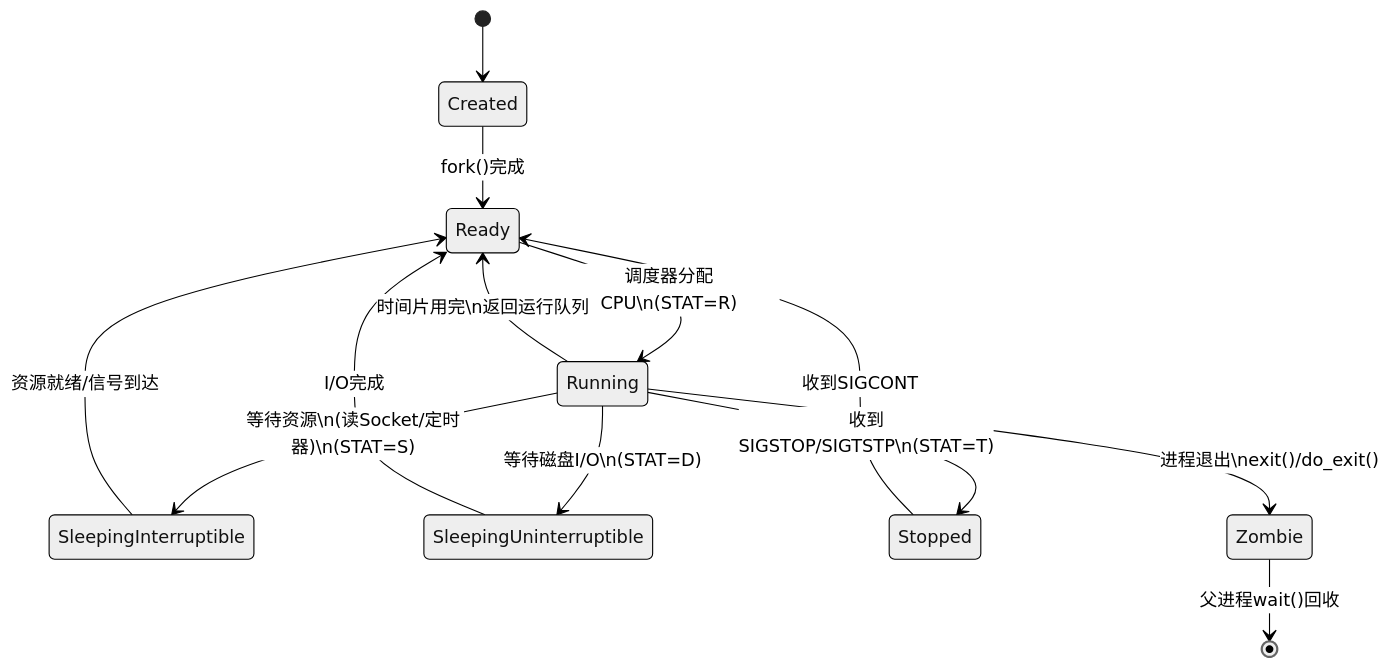
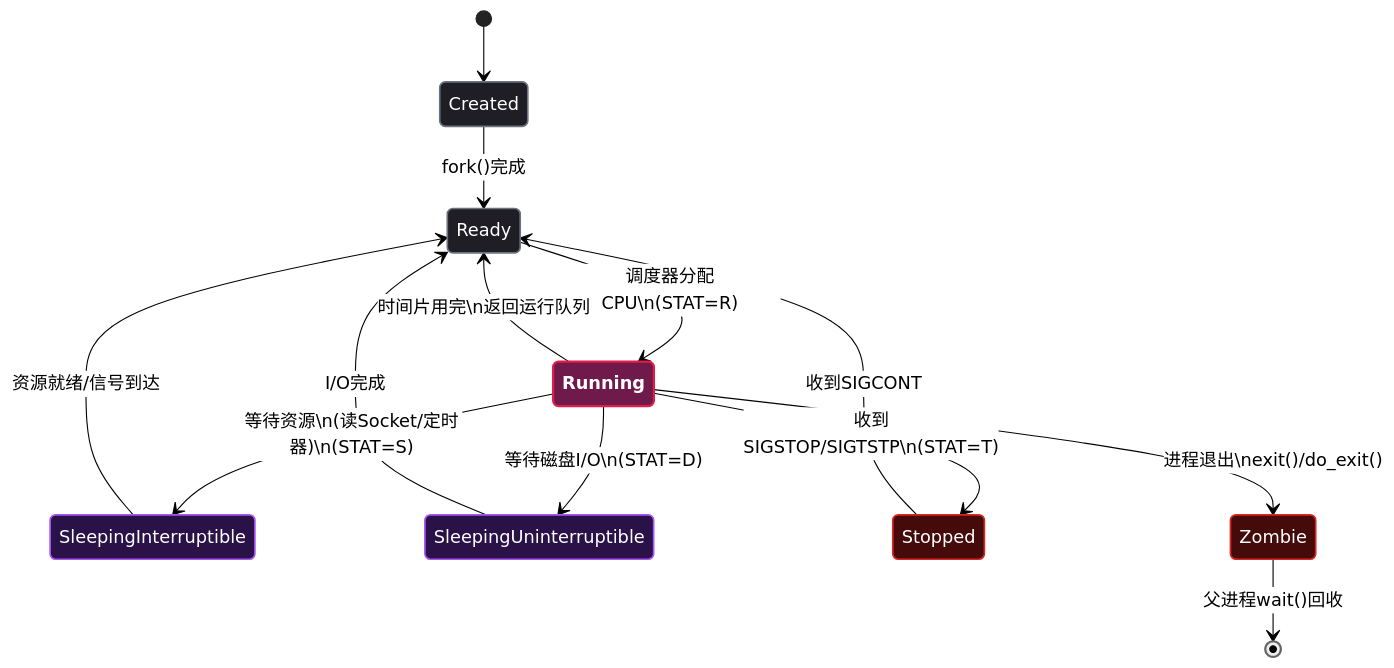
One commit to yaocat55/yaocat55.github.io changed the second of 4 diagrams in content/posts/linux/LinuxCommands100.md. Above: the diagram before and after it, drawn with Mermaid (neutral theme). The commit also changed other lines of this file and 27 other files, not shown here.

Commit message:
docs: 全系列 93 张 Mermaid 图 classDef 改为 style 强制深底白字(修复部分渲染器白底浅字)+历史文件格式清理

````diff
--- a/content/posts/linux/LinuxCommands100.md
+++ b/content/posts/linux/LinuxCommands100.md
@@ -619,28 +625,23 @@
 ```mermaid
 stateDiagram-v2
-classDef start fill:#052e16,stroke:#16a34a,stroke-width:2px,color:#bbf7d0,font-weight:bold;
-classDef running fill:#701a4c,stroke:#e11d48,stroke-width:2px,color:#fce7f3,font-weight:bold;
-classDef sleeping fill:#2a1147,stroke:#a855f7,stroke-width:1.5px,color:#ede9fe;
-classDef stopped fill:#450a0a,stroke:#dc2626,stroke-width:1.5px,color:#fecaca;
-classDef dead fill:#450a0a,stroke:#dc2626,stroke-width:1.5px,color:#fecaca;
-classDef queue fill:#1e1e24,stroke:#6b7280,stroke-width:1.5px,color:#e5e7eb;
 
     [*] --> Created
     Created --> Ready : fork()完成
     Ready --> Running : 调度器分配CPU\n(STAT=R)
     Running --> Ready : 时间片用完\n返回运行队列
     Running --> SleepingInterruptible : 等待资源\n(读Socket/定时器)\n(STAT=S)
     SleepingInterruptible --> Ready : 资源就绪/信号到达
     Running --> SleepingUninterruptible : 等待磁盘I/O\n(STAT=D)
     SleepingUninterruptible --> Ready : I/O完成
     Running --> Stopped : 收到SIGSTOP/SIGTSTP\n(STAT=T)
     Stopped --> Ready : 收到SIGCONT
     Running --> Zombie : 进程退出\nexit()/do_exit()
     Zombie --> [*] : 父进程wait()回收
-
-    class Created,Ready queue;
-    class Running running;
-    class SleepingInterruptible,SleepingUninterruptible sleeping;
-    class Stopped stopped;
-    class Zombie dead;
+    style Created fill:#1e1e24,stroke:#6b7280,stroke-width:1.5px,color:#ffffff
+    style Ready fill:#1e1e24,stroke:#6b7280,stroke-width:1.5px,color:#ffffff
+    style Running fill:#701a4c,stroke:#e11d48,stroke-width:2px,color:#ffffff,font-weight:bold
+    style SleepingInterruptible fill:#2a1147,stroke:#a855f7,stroke-width:1.5px,color:#ffffff
+    style SleepingUninterruptible fill:#2a1147,stroke:#a855f7,stroke-width:1.5px,color:#ffffff
+    style Stopped fill:#450a0a,stroke:#dc2626,stroke-width:1.5px,color:#ffffff
+    style Zombie fill:#450a0a,stroke:#dc2626,stroke-width:1.5px,color:#ffffff
 ```
````
